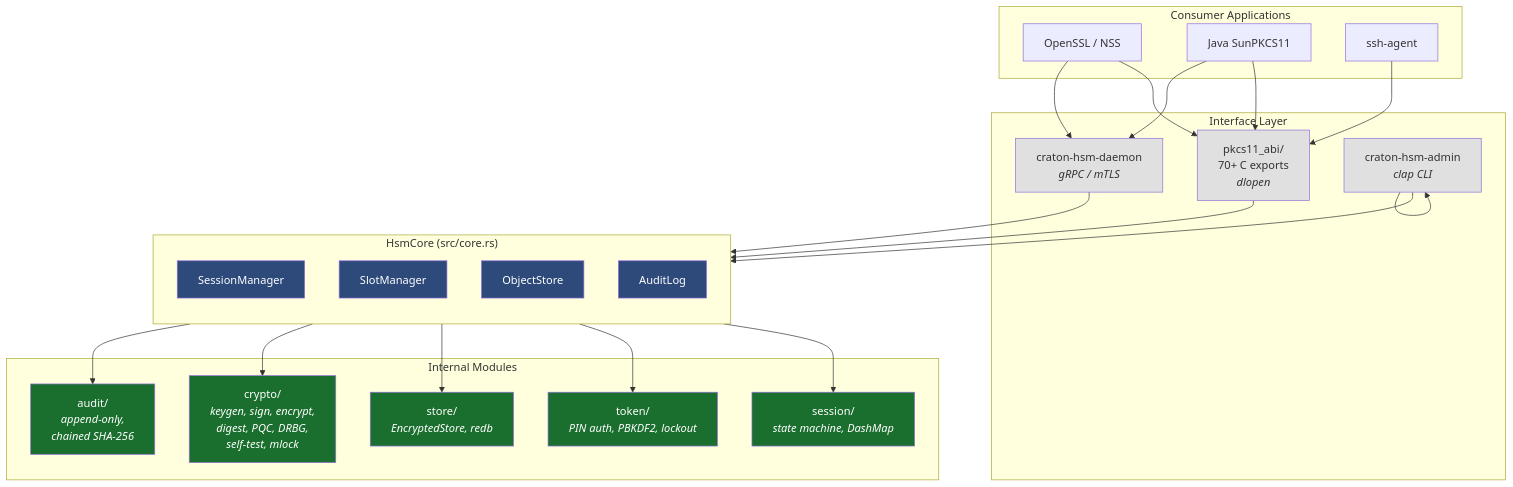
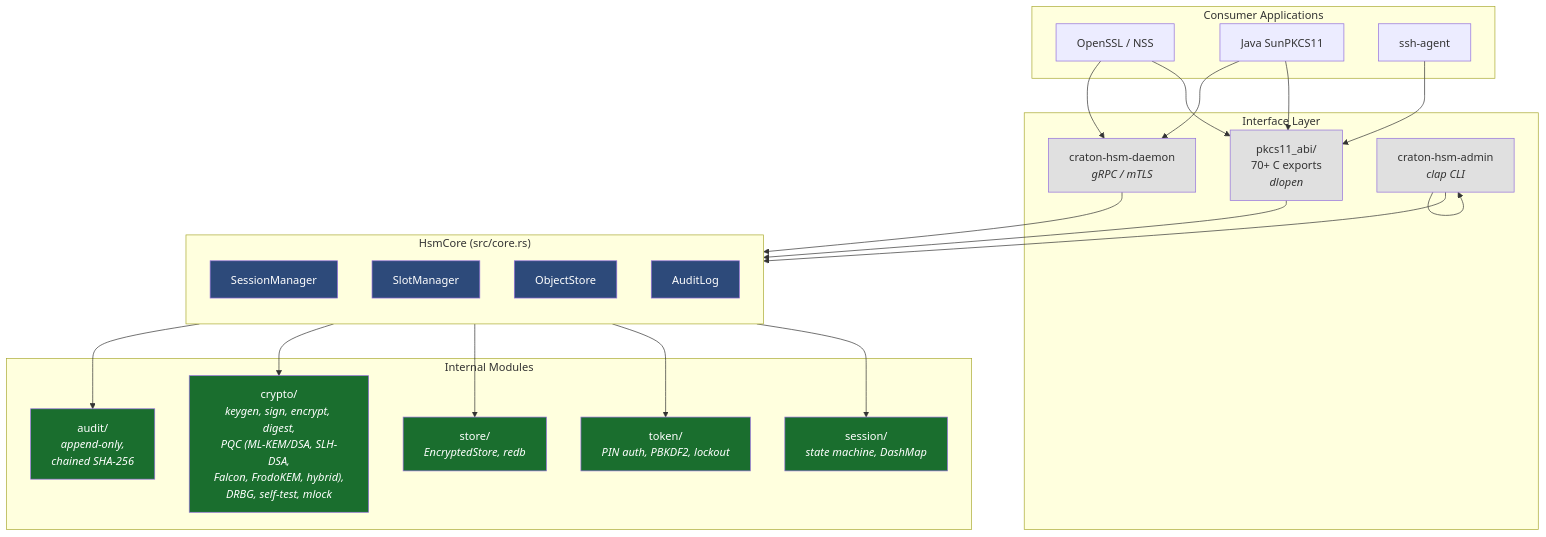
Before and after one commit to sonoransun/multicraton-hsm-testnet: the first of 9 diagrams in docs/architecture.md, drawn with Mermaid. The commit also changed other lines of this file and 23 other files, not shown here.

````diff
--- a/docs/architecture.md
+++ b/docs/architecture.md
@@ -9,44 +9,44 @@
 ```mermaid
 graph TB
     subgraph consumers ["Consumer Applications"]
         OSSl["OpenSSL / NSS"]
         Java["Java SunPKCS11"]
         SSH["ssh-agent"]
     end
 
     subgraph interfaces ["Interface Layer"]
         ABI["pkcs11_abi/<br/>70+ C exports<br/><i>dlopen</i>"]
         DAEMON["craton-hsm-daemon<br/><i>gRPC / mTLS</i>"]
         ADMIN["craton-hsm-admin<br/><i>clap CLI</i>"]
     end
 
     subgraph hsmcore ["HsmCore  (src/core.rs)"]
         direction TB
         SM["SessionManager"]
         SL["SlotManager"]
         OS["ObjectStore"]
         AL["AuditLog"]
     end
 
     subgraph modules ["Internal Modules"]
         SESSION["session/<br/><i>state machine, DashMap</i>"]
         TOKEN["token/<br/><i>PIN auth, PBKDF2, lockout</i>"]
         STORE["store/<br/><i>EncryptedStore, redb</i>"]
-        CRYPTO["crypto/<br/><i>keygen, sign, encrypt,<br/>digest, PQC, DRBG,<br/>self-test, mlock</i>"]
+        CRYPTO["crypto/<br/><i>keygen, sign, encrypt, digest,<br/>PQC (ML-KEM/DSA, SLH-DSA,<br/>Falcon, FrodoKEM, hybrid),<br/>DRBG, self-test, mlock</i>"]
         AUDIT["audit/<br/><i>append-only,<br/>chained SHA-256</i>"]
     end
 
     OSSl & Java & SSH --> ABI
     OSSl & Java --> DAEMON
     ADMIN --> ADMIN
 
     ABI & DAEMON & ADMIN --> hsmcore
     hsmcore --> SESSION & TOKEN & STORE & CRYPTO & AUDIT
 
     classDef iface fill:#e0e0e0,color:#333
     classDef core fill:#2d4a7a,color:#fff
     classDef mod fill:#1a6e2e,color:#fff
     class ABI,DAEMON,ADMIN iface
     class SM,SL,OS,AL core
     class SESSION,TOKEN,STORE,CRYPTO,AUDIT mod
 ```
````
